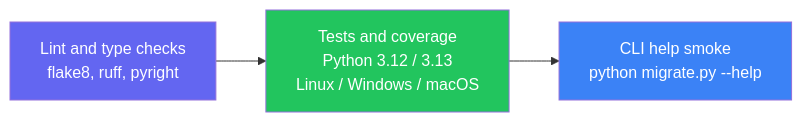
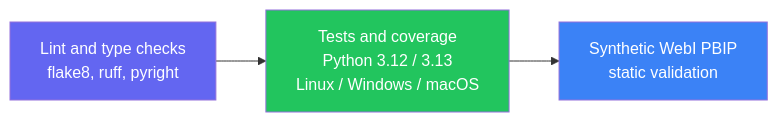
One commit to cyphou/BOToPowerBI changed the fourth of 4 diagrams in docs/MIGRATION_REFERENCE.md. Above: the diagram before and after it, drawn with Mermaid. The commit also changed other lines of this file and 61 other files, not shown here.

Commit message:
feat: advance BO and BW migration roadmap

````diff
--- a/docs/MIGRATION_REFERENCE.md
+++ b/docs/MIGRATION_REFERENCE.md
@@ -1900,9 +2186,9 @@
 ```mermaid
 flowchart LR
     L["Lint and type checks\nflake8, ruff, pyright"] --> T["Tests and coverage\nPython 3.12 / 3.13\nLinux / Windows / macOS"]
-    T --> V["CLI help smoke\npython migrate.py --help"]
+    T --> V["Synthetic WebI PBIP\nstatic validation"]
 
     style L fill:#6366f1,color:#fff
     style T fill:#22c55e,color:#fff
     style V fill:#3b82f6,color:#fff
 ```
````
